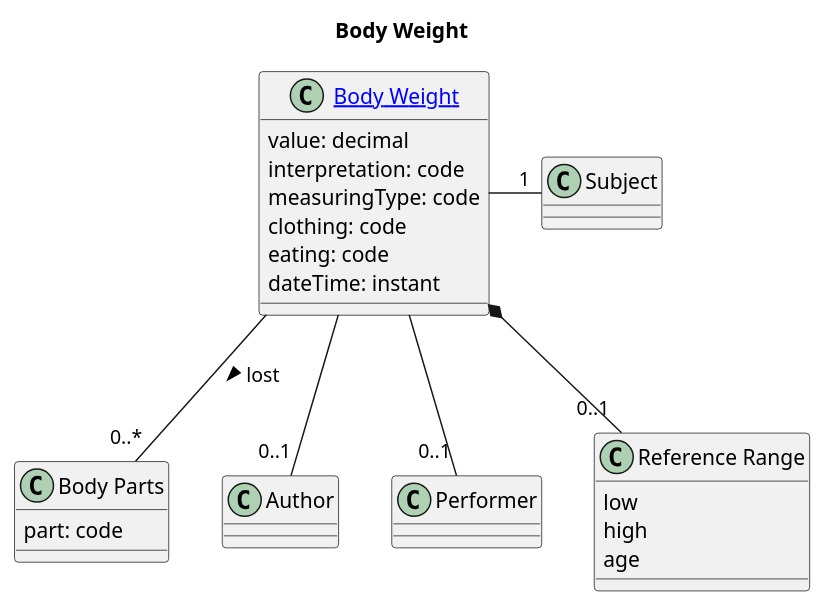
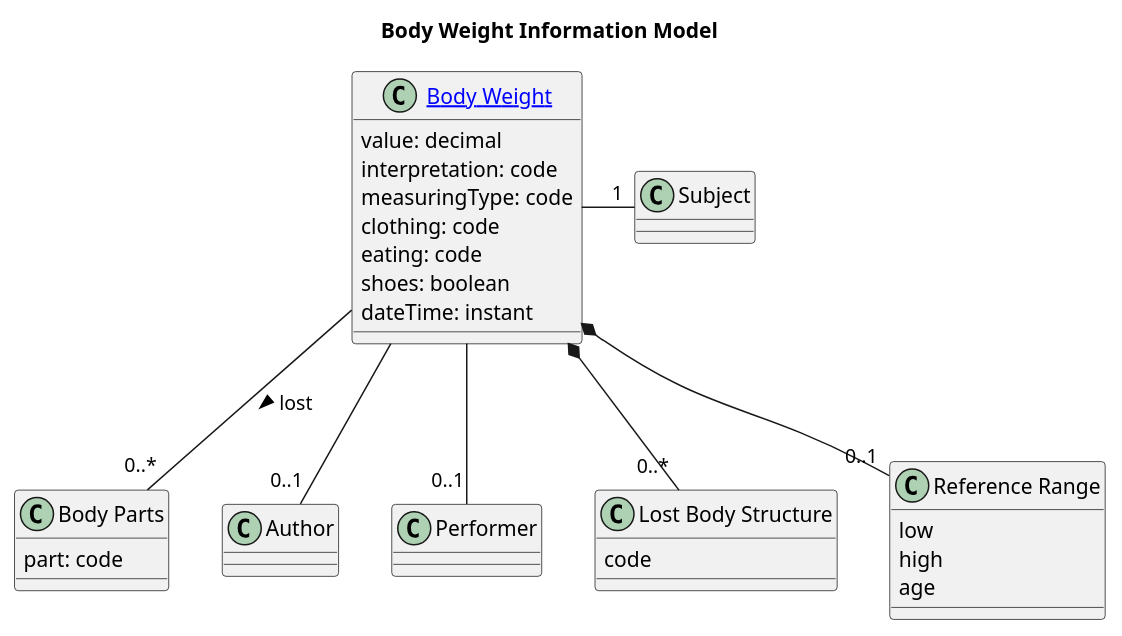
One commit to frankoemig/vital-signs-demo changed the diagram in input/images-source/body_weight_im.plantuml. Above: the diagram before and after it, drawn with PlantUML. The commit also changed 16 other files, not shown here.

```diff
--- a/input/images-source/body_weight_im.plantuml
+++ b/input/images-source/body_weight_im.plantuml
@@ -1,37 +1,44 @@
 @startuml
 
 
-title Body Weight
+title Body Weight Information Model
 
 class "[[StructureDefinition-BodyWeight.html Body Weight]]" as bw {
     value: decimal
     interpretation: code
     measuringType: code
     clothing: code
     eating: code
+    shoes: boolean
     dateTime: instant
 }
 
 class "Body Parts" as bp {
     part: code
 }
 
 class "Subject" as pat
 class "Author" as aut
 class "Performer" as perf
+
+class "Lost Body Structure" as bs {
+    code
+}
 
 class "Reference Range" as rr {
     low
     high
     age
 }
 
 bw -right- "1" pat
 bw -- "0..1" aut
 bw -- "0..1" perf 
 
 bw *-- "0..1" rr
 
+bw *-- "0..*" bs
+
 bw -- "0..*" bp : lost >
 
 @enduml
```
